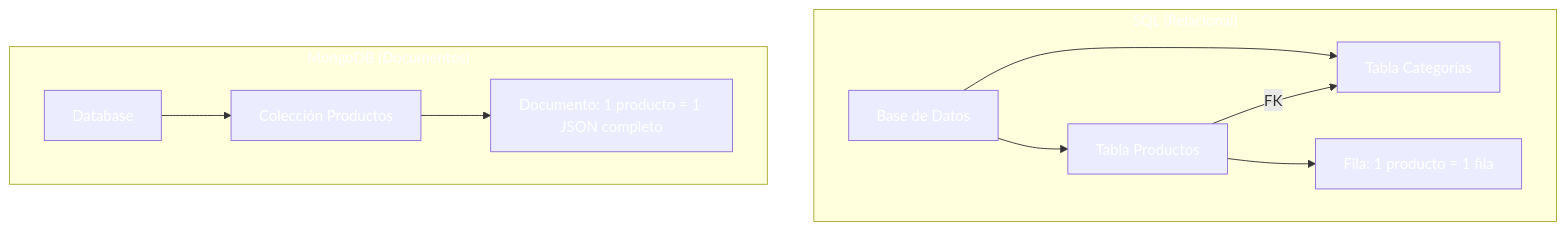
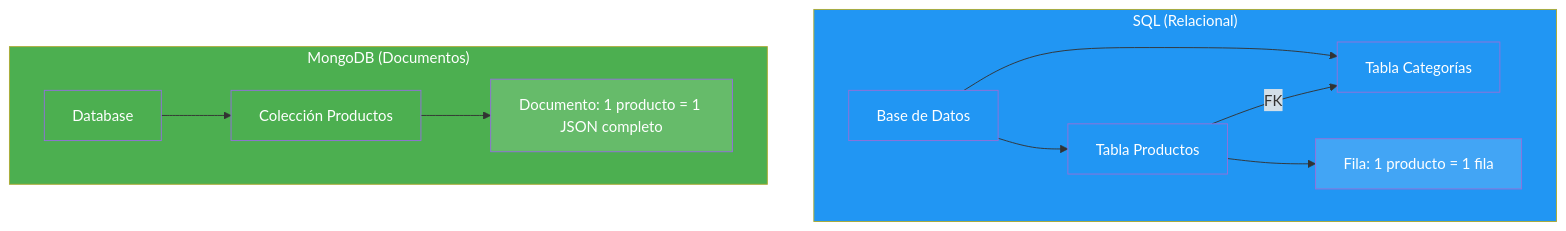
The first of 9 diagrams in 13-mongodb.md (joseluisgs/DesarrolloWebEntornosServidor-02-2026-2027), drawn with Mermaid before and after one commit. The commit also changed other lines of this file, not shown here.

````diff
--- a/13-mongodb.md
+++ b/13-mongodb.md
@@ -85,24 +85,24 @@
 ```mermaid
 graph TD
     subgraph SQL["SQL (Relacional)"]
         S1[Base de Datos] --> S2[Tabla Productos]
         S1 --> S3[Tabla Categorías]
         S2 -->|FK| S3
         S2 --> S4[Fila: 1 producto = 1 fila]
     end
 
     subgraph NOSQL["MongoDB (Documentos)"]
         M1[Database] --> M2[Colección Productos]
         M2 --> M3[Documento: 1 producto = 1 JSON completo]
     end
 
-    style SQL fill:#2196F,color:#fff3,color:#fff
-    style NOSQL fill:#4CAF5,color:#fff0,color:#fff
-    style S1 fill:#2196F,color:#fff3,color:#fff
-    style S2 fill:#2196F,color:#fff3,color:#fff
-    style S3 fill:#2196F,color:#fff3,color:#fff
-    style S4 fill:#42A5F,color:#fff5,color:#fff
-    style M1 fill:#4CAF5,color:#fff0,color:#fff
-    style M2 fill:#4CAF5,color:#fff0,color:#fff
-    style M3 fill:#66BB6,color:#fffA,color:#fff
+    style SQL fill:#2196F3,color:#fff
+    style NOSQL fill:#4CAF50,color:#fff
+    style S1 fill:#2196F3,color:#fff
+    style S2 fill:#2196F3,color:#fff
+    style S3 fill:#2196F3,color:#fff
+    style S4 fill:#42A5F5,color:#fff
+    style M1 fill:#4CAF50,color:#fff
+    style M2 fill:#4CAF50,color:#fff
+    style M3 fill:#66BB6A,color:#fff
 ```
````
